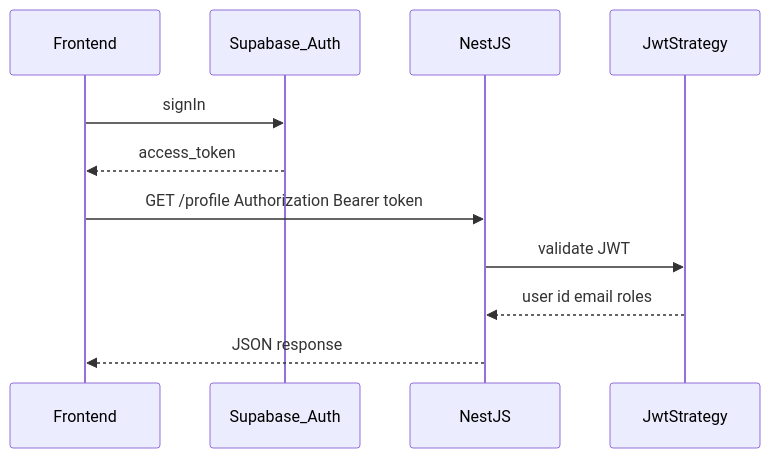
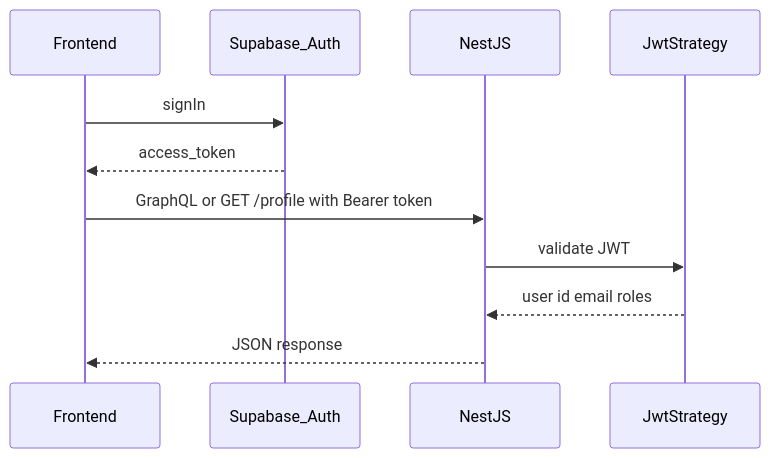
Before and after one commit to PatrykS-ORG/expenses-tracking-backend: the third of 4 diagrams in docs/architecture.md, drawn with Mermaid. The commit also changed other lines of this file and 33 other files, not shown here.

````diff
--- a/docs/architecture.md
+++ b/docs/architecture.md
@@ -88,13 +112,13 @@
 ```mermaid
 sequenceDiagram
   participant FE as Frontend
   participant SA as Supabase_Auth
   participant API as NestJS
   participant ST as JwtStrategy
   FE->>SA: signIn
   SA-->>FE: access_token
-  FE->>API: GET /profile Authorization Bearer token
+  FE->>API: GraphQL or GET /profile with Bearer token
   API->>ST: validate JWT
   ST-->>API: user id email roles
   API-->>FE: JSON response
 ```
````
